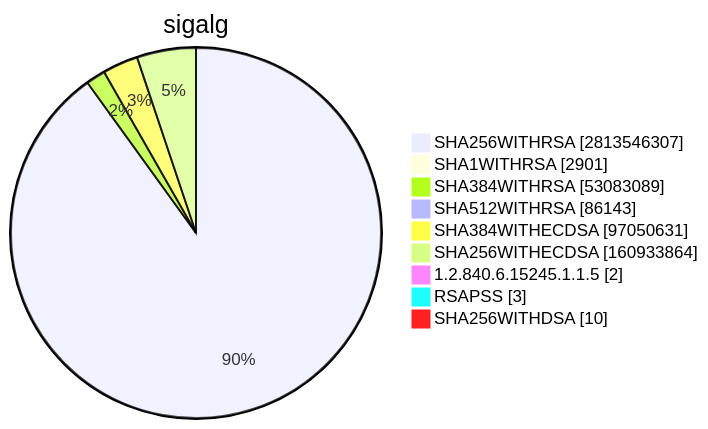
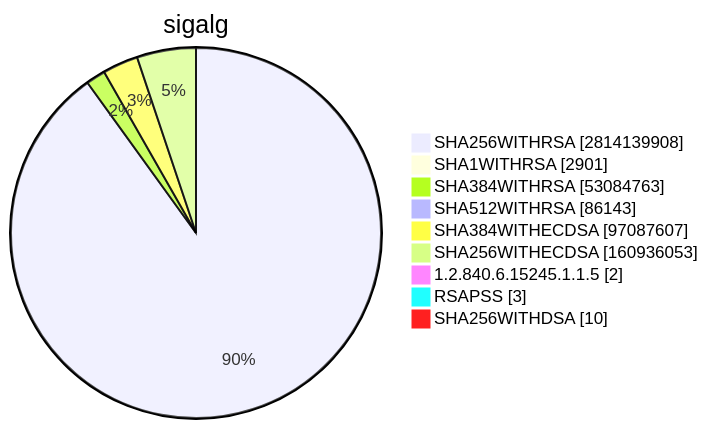
One commit to christiankrug/ctmonitor_visualization changed diagram 15 of 15 in TOTAL/README.md. Above: the diagram before and after it, drawn with Mermaid. The commit also changed other lines of this file, not shown here.

````diff
--- a/TOTAL/README.md
+++ b/TOTAL/README.md
@@ -6207,13 +6207,13 @@
 ```mermaid
 pie showData
 title sigalg
-"SHA256WITHRSA" :2813546307
+"SHA256WITHRSA" :2814139908
 "SHA1WITHRSA" :2901
-"SHA384WITHRSA" :53083089
+"SHA384WITHRSA" :53084763
 "SHA512WITHRSA" :86143
-"SHA384WITHECDSA" :97050631
-"SHA256WITHECDSA" :160933864
+"SHA384WITHECDSA" :97087607
+"SHA256WITHECDSA" :160936053
 "1.2.840.6.15245.1.1.5" :2
 "RSAPSS" :3
 "SHA256WITHDSA" :10
 ```
````
